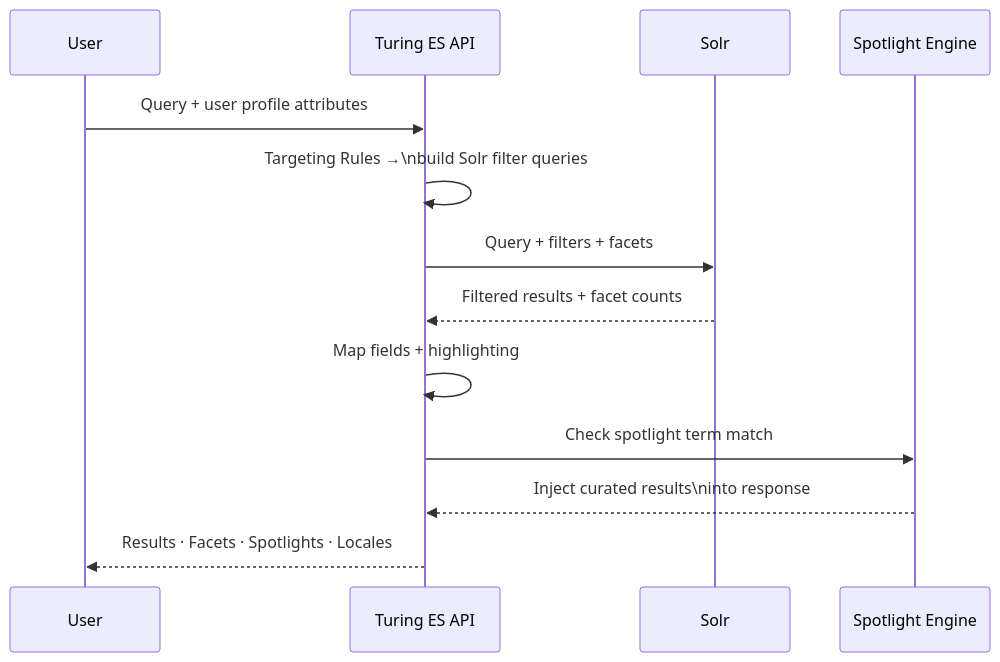
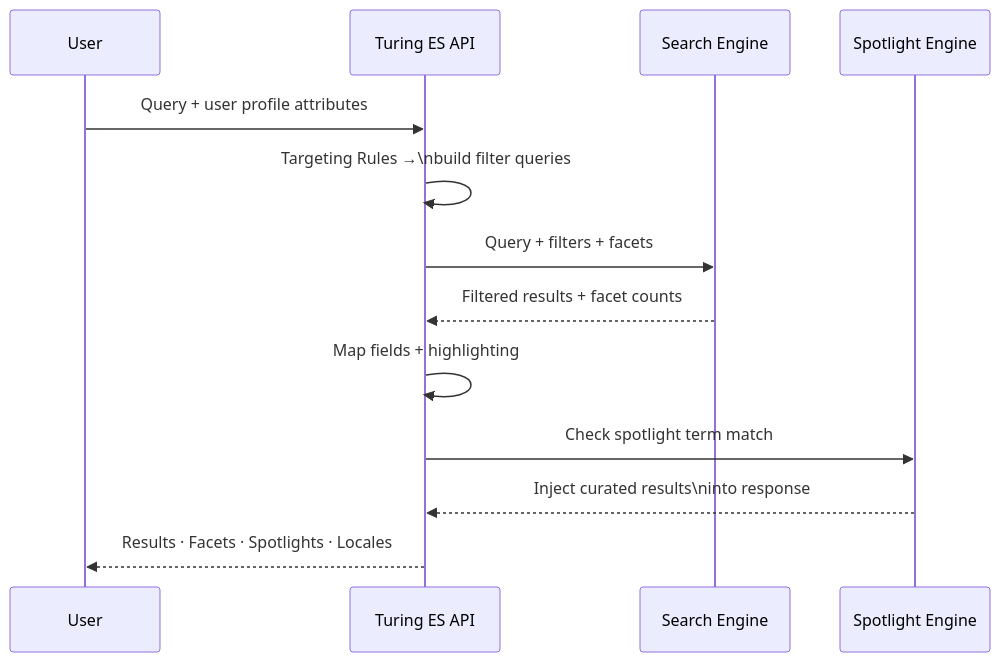
The second of 2 diagrams in docs-turing/getting-started/core-concepts.md (openviglet/docs), drawn with Mermaid before and after one commit. The commit also changed other lines of this file and 21 other files, not shown here.

````diff
--- a/docs-turing/getting-started/core-concepts.md
+++ b/docs-turing/getting-started/core-concepts.md
@@ -69,16 +69,16 @@
 ```mermaid
 sequenceDiagram
     participant U as User
     participant API as Turing ES API
-    participant S as Solr
+    participant S as Search Engine
     participant SP as Spotlight Engine
 
     U->>API: Query + user profile attributes
-    API->>API: Targeting Rules →\nbuild Solr filter queries
+    API->>API: Targeting Rules →\nbuild filter queries
     API->>S: Query + filters + facets
     S-->>API: Filtered results + facet counts
     API->>API: Map fields + highlighting
     API->>SP: Check spotlight term match
     SP-->>API: Inject curated results\ninto response
     API-->>U: Results · Facets · Spotlights · Locales
 ```
````
